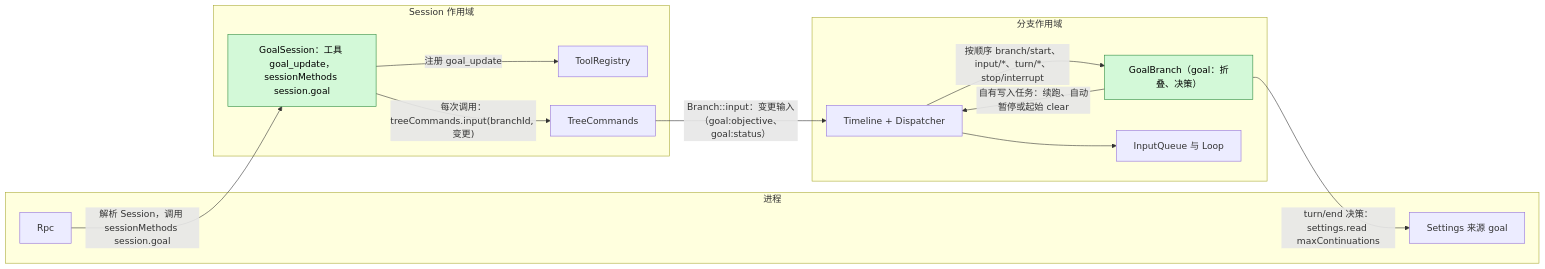
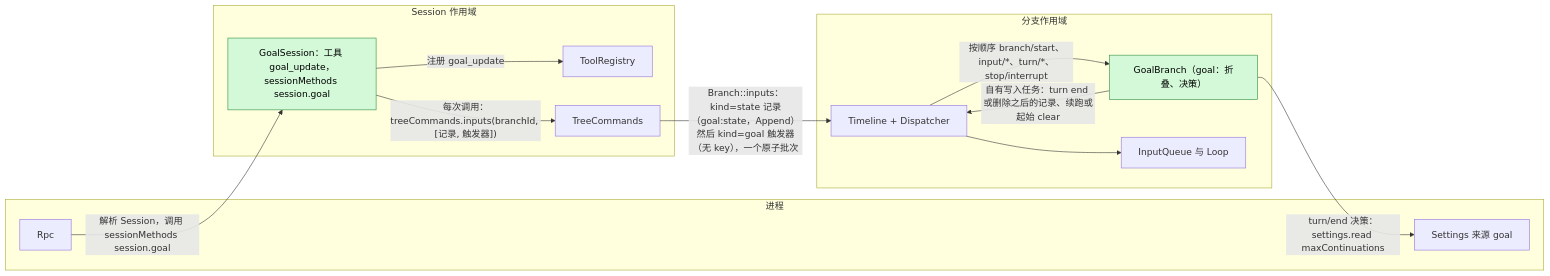
One commit to CoutinhoTTS/dim-agent changed the first of 7 diagrams in docs/zh/design/plugins/Goal.md. Above: the diagram before and after it, drawn with Mermaid. The commit also changed other lines of this file and 229 other files, not shown here.

First line of the commit message:
refactor(timeline): query properties and bound history consumers

````diff
--- a/docs/zh/design/plugins/Goal.md
+++ b/docs/zh/design/plugins/Goal.md
@@ -11,26 +11,26 @@
 ```mermaid
 flowchart LR
   subgraph PROC["进程"]
     Rpc["Rpc"]
     Settings["Settings 来源 goal"]
   end
   subgraph SESS["Session 作用域"]
     GS["GoalSession：工具 goal_update，sessionMethods session.goal"]:::new
     TR["ToolRegistry"]
     TC["TreeCommands"]
   end
   subgraph BR["分支作用域"]
     GB["GoalBranch（goal：折叠、决策）"]:::new
     TL["Timeline + Dispatcher"]
     IQ["InputQueue 与 Loop"]
   end
   GS -- "注册 goal_update" --> TR
   Rpc -- "解析 Session，调用 sessionMethods session.goal" --> GS
-  GS -- "每次调用：treeCommands.input(branchId, 变更)" --> TC
-  TC -- "Branch::input：变更输入（goal:objective、goal:status）" --> TL
+  GS -- "每次调用：treeCommands.inputs(branchId, [记录, 触发器])" --> TC
+  TC -- "Branch::inputs：kind=state 记录（goal:state，Append）然后 kind=goal 触发器（无 key），一个原子批次" --> TL
   TL -- "按顺序 branch/start、input/*、turn/*、stop/interrupt" --> GB
-  GB -- "自有写入任务：续跑、自动暂停或起始 clear" --> TL
+  GB -- "自有写入任务：turn end 或删除之后的记录、续跑或起始 clear" --> TL
   GB -- "turn/end 决策：settings.read maxContinuations" --> Settings
   TL --> IQ
   classDef new fill:#d3f9d8,stroke:#2b8a3e,color:#000
 ```
````
